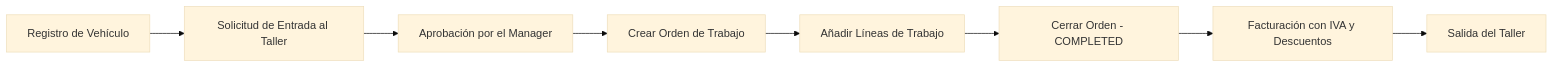
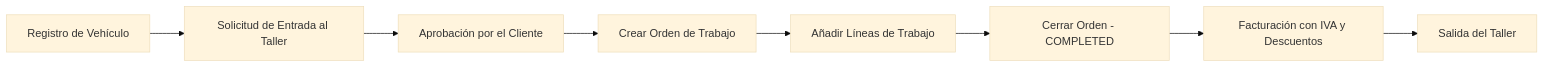
Before and after one commit to JaviRSDEV/CarLog: the diagram in README.md, drawn with Mermaid (base theme). The commit also changed other lines of this file, not shown here.

First line of the commit message:
Modify flow diagram and enhance README details

````diff
--- a/README.md
+++ b/README.md
@@ -429,10 +429,10 @@
 ```mermaid
 graph LR
     A[Registro de Vehículo] --> B[Solicitud de Entrada al Taller]
-    B --> C[Aprobación por el Manager]
+    B --> C[Aprobación por el Cliente]
     C --> D[Crear Orden de Trabajo]
     D --> E[Añadir Líneas de Trabajo]
     E --> F[Cerrar Orden - COMPLETED]
     F --> G[Facturación con IVA y Descuentos]
     G --> H[Salida del Taller]
 ```
````
